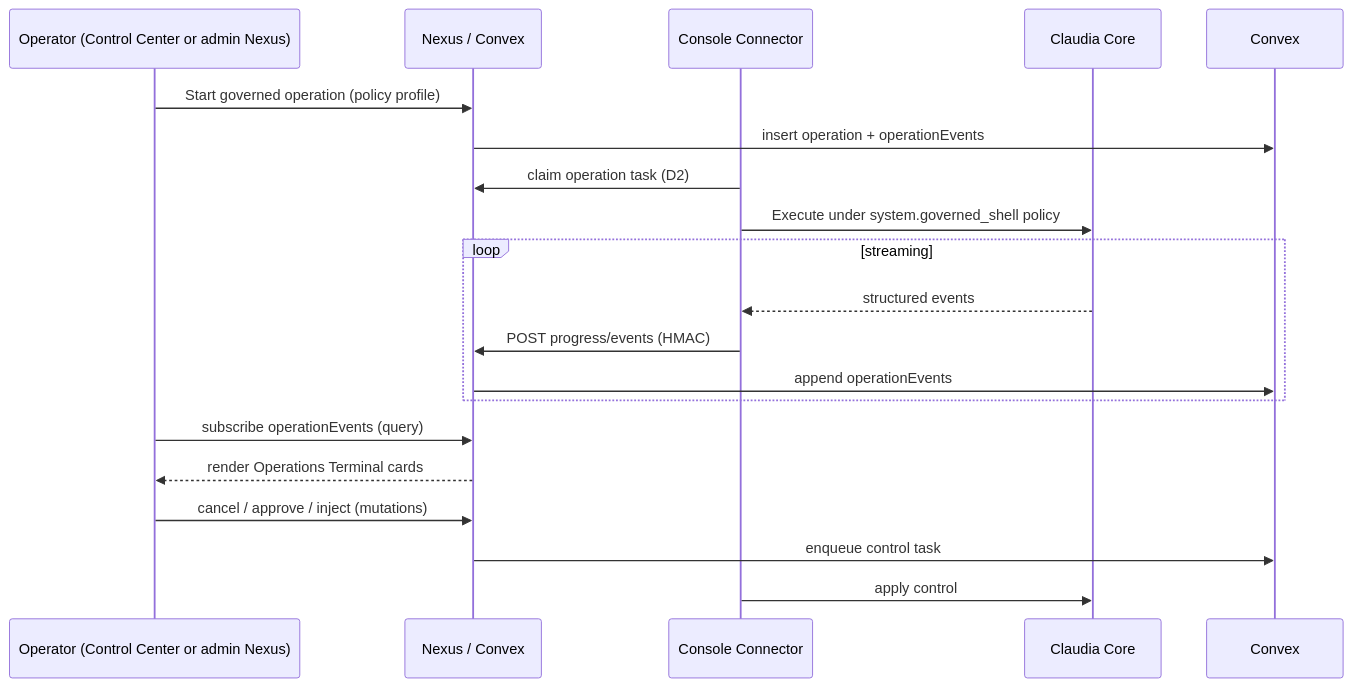
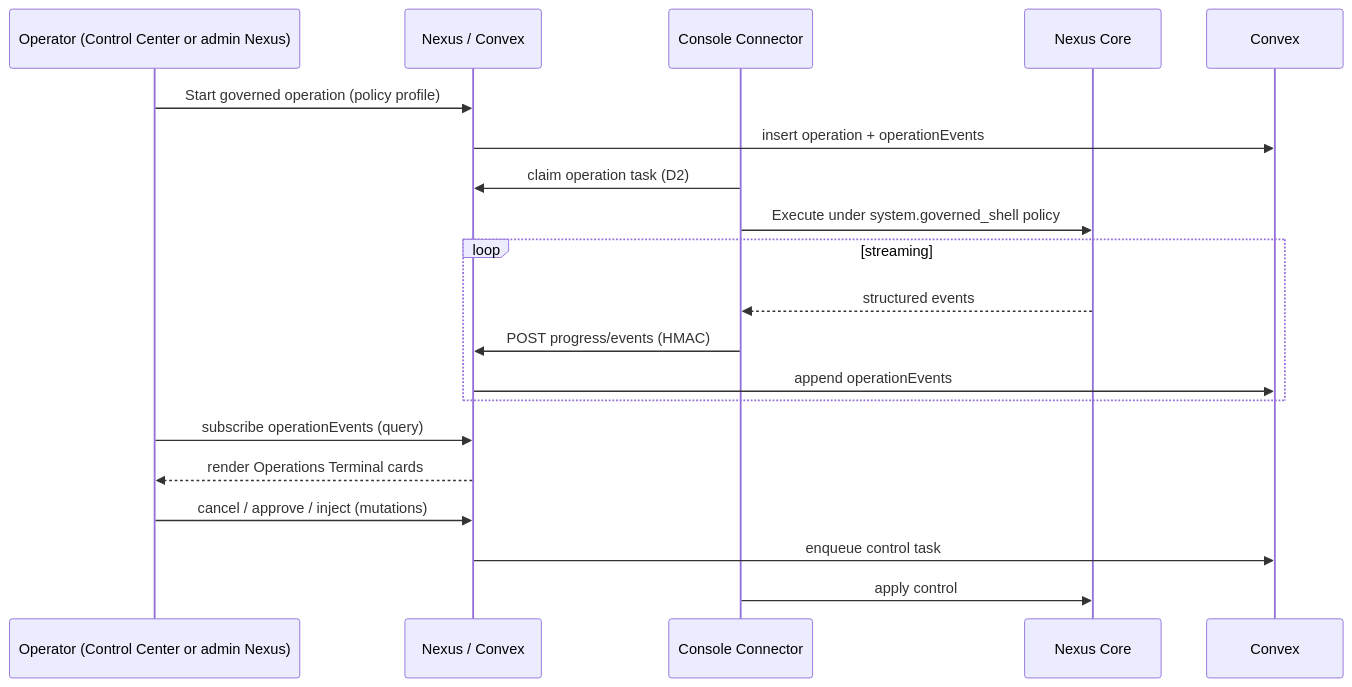
One commit to bretthoffmansage/nexus changed the second of 2 diagrams in docs/specs/nexus_legacy_capability_migration_matrix_v1.md. Above: the diagram before and after it, drawn with Mermaid. The commit also changed other lines of this file and 208 other files, not shown here.

````diff
--- a/docs/specs/nexus_legacy_capability_migration_matrix_v1.md
+++ b/docs/specs/nexus_legacy_capability_migration_matrix_v1.md
@@ -132,22 +132,22 @@
 ```mermaid
 sequenceDiagram
   participant Op as Operator (Control Center or admin Nexus)
   participant Nexus as Nexus / Convex
   participant Conn as Console Connector
-  participant Core as Claudia Core
+  participant Core as Nexus Core
 
   Op->>Nexus: Start governed operation (policy profile)
   Nexus->>Convex: insert operation + operationEvents
   Conn->>Nexus: claim operation task (D2)
   Conn->>Core: Execute under system.governed_shell policy
   loop streaming
     Core-->>Conn: structured events
     Conn->>Nexus: POST progress/events (HMAC)
     Nexus->>Convex: append operationEvents
   end
   Op->>Nexus: subscribe operationEvents (query)
   Nexus-->>Op: render Operations Terminal cards
   Op->>Nexus: cancel / approve / inject (mutations)
   Nexus->>Convex: enqueue control task
   Conn->>Core: apply control
 ```
````
